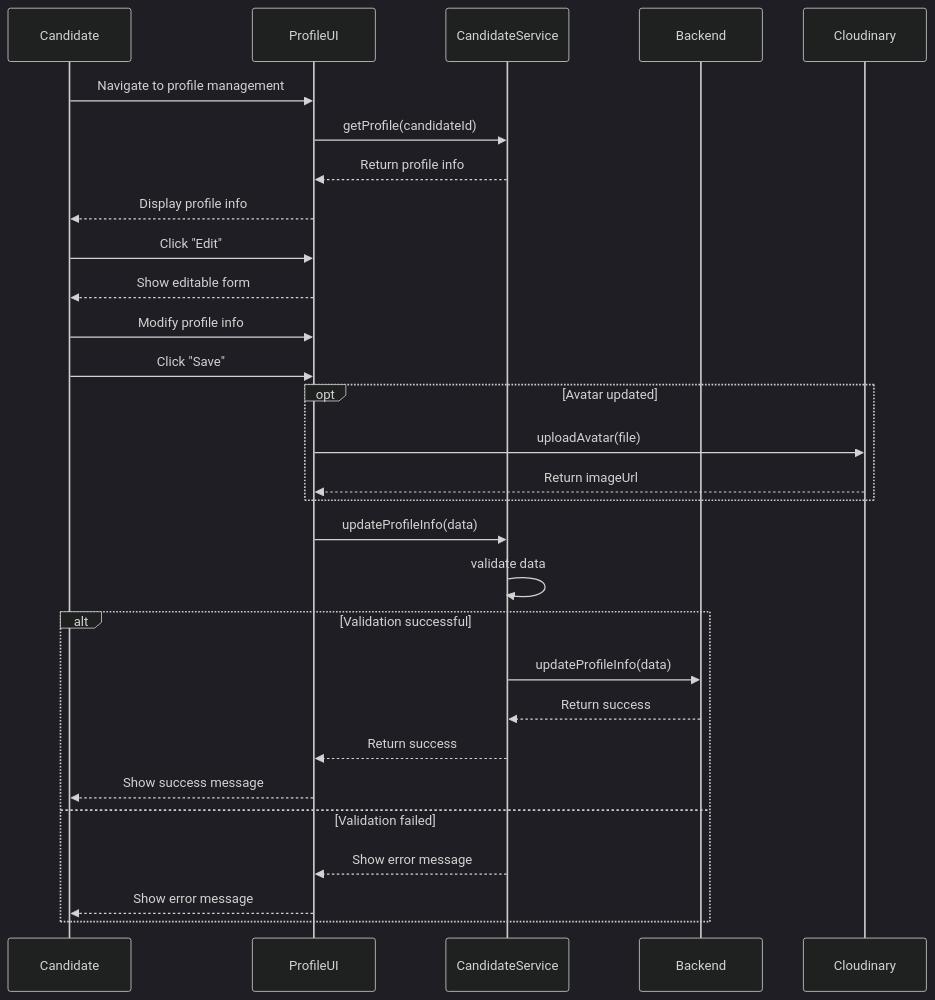
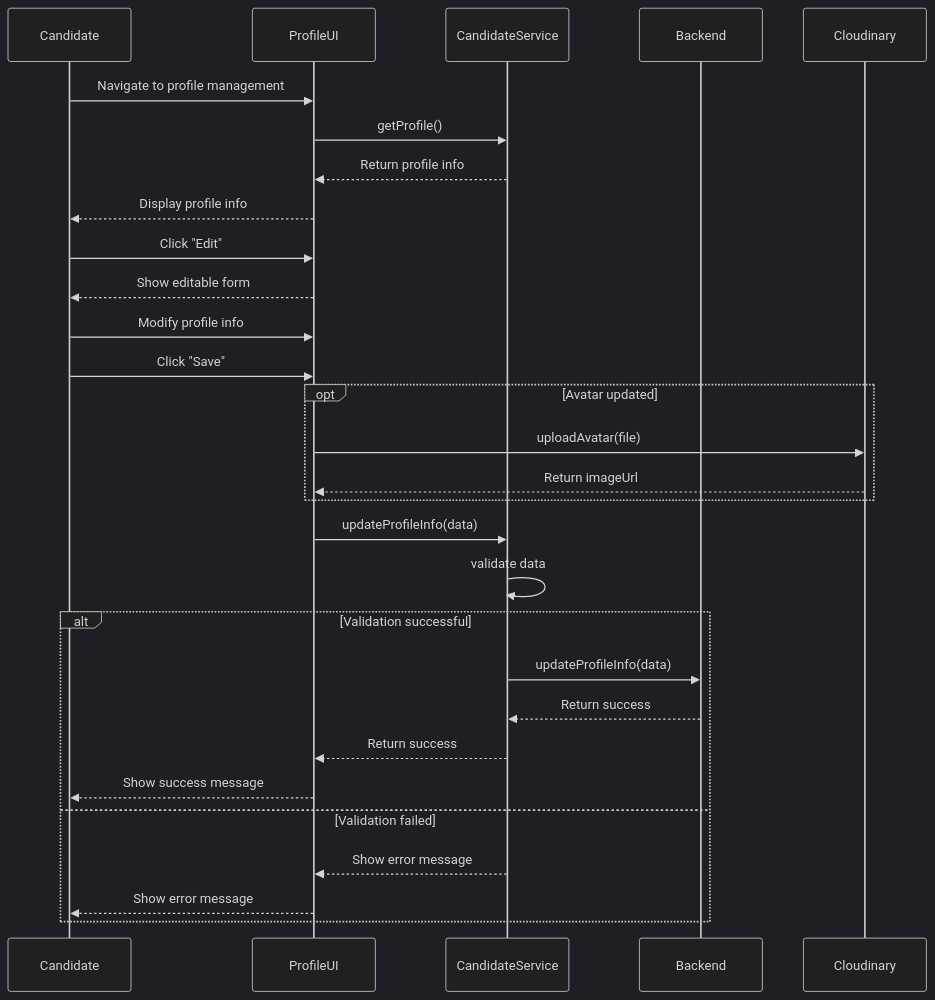
Before and after one commit to jackzz122/Job_Recruiter_Backend: the diagram in src/SequenceDiagram/CandidateUpdateProfile.md, drawn with Mermaid (dark theme). The commit also changed 9 other files, not shown here.

````diff
--- a/src/SequenceDiagram/CandidateUpdateProfile.md
+++ b/src/SequenceDiagram/CandidateUpdateProfile.md
@@ -1,38 +1,38 @@
 ```mermaid
 sequenceDiagram
     participant C as Candidate
     participant U as ProfileUI
     participant S as CandidateService
     participant B as Backend
     participant CDN as Cloudinary
 
     C->>U: Navigate to profile management
-    U->>S: getProfile(candidateId)
+    U->>S: getProfile()
     S-->>U: Return profile info
     U-->>C: Display profile info
 
     C->>U: Click "Edit"
     U-->>C: Show editable form
 
     C->>U: Modify profile info
     C->>U: Click "Save"
 
     opt Avatar updated
         U->>CDN: uploadAvatar(file)
         CDN-->>U: Return imageUrl
     end
 
     U->>S: updateProfileInfo(data)
     S->>S: validate data
     alt Validation successful
         S->>B: updateProfileInfo(data)
         B-->>S: Return success
         S-->>U: Return success
         U-->>C: Show success message
 
     else Validation failed
         S-->>U: Show error message
         U-->>C: Show error message
     end
 
 ```
````
